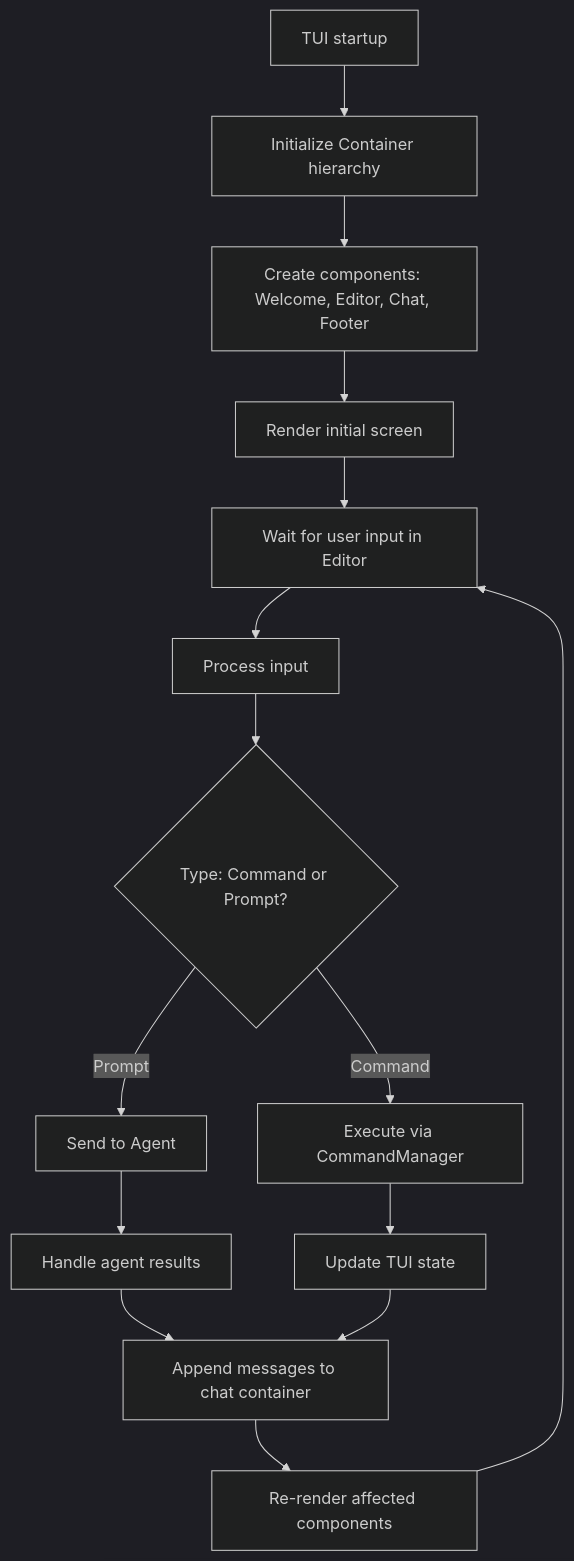
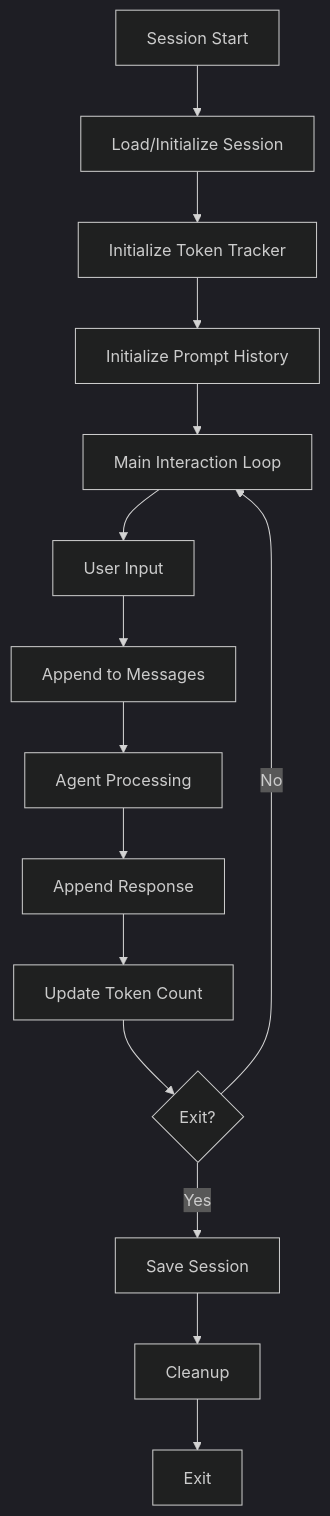
One commit to travisennis/acai-ts changed the fifth of 10 diagrams in ARCHITECTURE.md. Above: the diagram before and after it, drawn with Mermaid (dark theme). The commit also changed other lines of this file and 11 other files, not shown here.

````diff
--- a/ARCHITECTURE.md
+++ b/ARCHITECTURE.md
@@ -695,17 +674,19 @@
 ```mermaid
-graph TD
-  A[TUI startup] --> B[Initialize Container hierarchy]
-  B --> C[Create components: Welcome, Editor, Chat, Footer]
-  C --> D[Render initial screen]
-  D --> E[Wait for user input in Editor]
-  E --> F[Process input]
-  F --> G{Type: Command or Prompt?}
-  G -->|Command| H[Execute via CommandManager]
-  G -->|Prompt| I[Send to Agent]
-  H --> J[Update TUI state]
-  I --> K[Handle agent results]
-  K --> L[Append messages to chat container]
-  J --> L
-  L --> M[Re-render affected components]
-  M --> E
+flowchart TD
+    A[Session Start] --> B[Load/Initialize Session]
+    B --> C[Initialize Token Tracker]
+    C --> D[Initialize Prompt History]
+    D --> E[Main Interaction Loop]
+    
+    E --> F[User Input]
+    F --> G[Append to Messages]
+    G --> H[Agent Processing]
+    H --> I[Append Response]
+    I --> J[Update Token Count]
+    J --> K{Exit?}
+    
+    K -->|No| E
+    K -->|Yes| L[Save Session]
+    L --> M[Cleanup]
+    M --> N[Exit]
 ```
````
